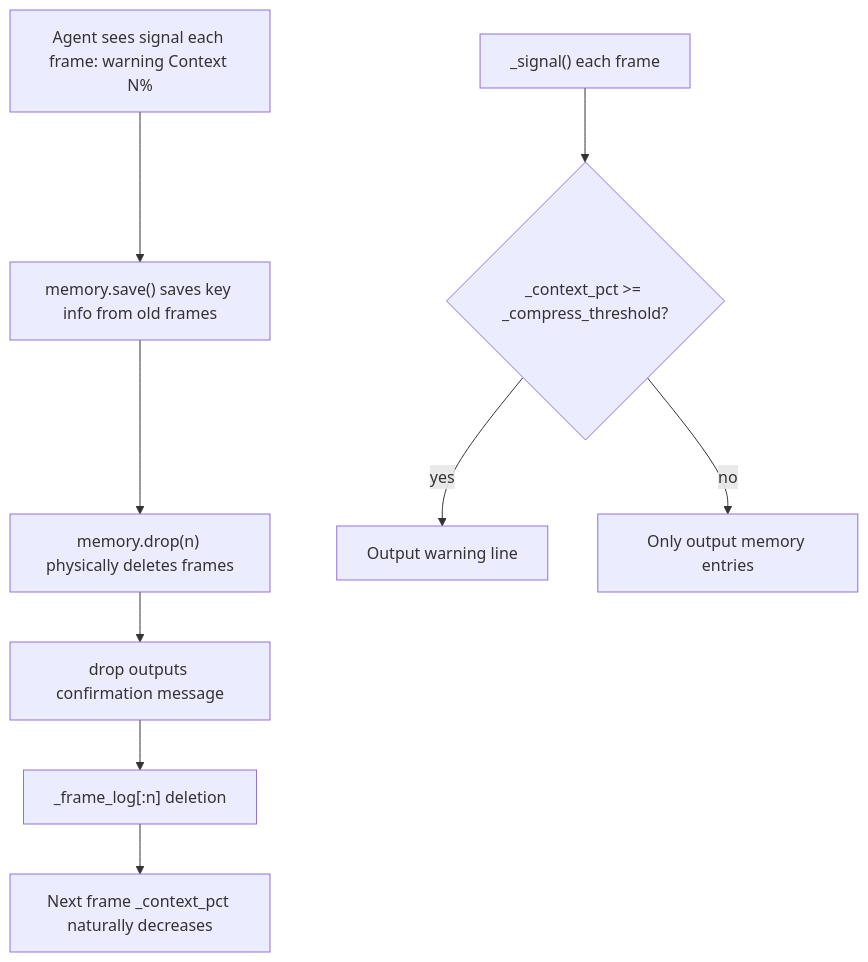
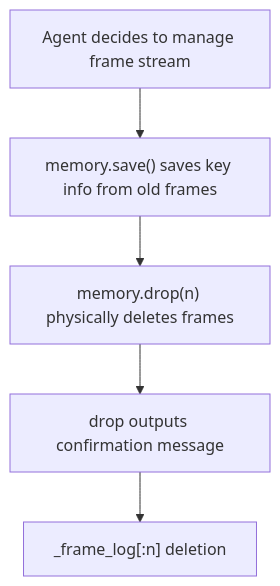
The first of 2 diagrams in src/vessal/skills/memory/CONTEXT.md (vessal-ai/vessal), drawn with Mermaid before and after one commit. The commit also changed other lines of this file and 7 other files, not shown here.

````diff
--- a/src/vessal/skills/memory/CONTEXT.md
+++ b/src/vessal/skills/memory/CONTEXT.md
@@ -36,12 +32,7 @@
 ```mermaid
 flowchart TD
-    A["Agent sees signal each frame: warning Context N%"] --> B["memory.save() saves key info from old frames"]
+    A["Agent decides to manage frame stream"] --> B["memory.save() saves key info from old frames"]
     B --> C["memory.drop(n) physically deletes frames"]
     C --> D["drop outputs confirmation message"]
     D --> E["_frame_log[:n] deletion"]
-    E --> F["Next frame _context_pct naturally decreases"]
-
-    G["_signal() each frame"] --> H{"_context_pct >= _compress_threshold?"}
-    H -->|yes| I["Output warning line"]
-    H -->|no| J["Only output memory entries"]
 ```
````
